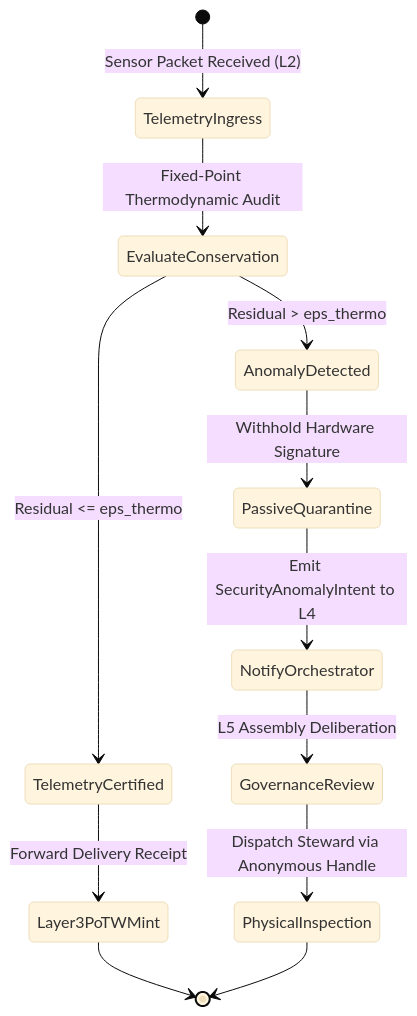
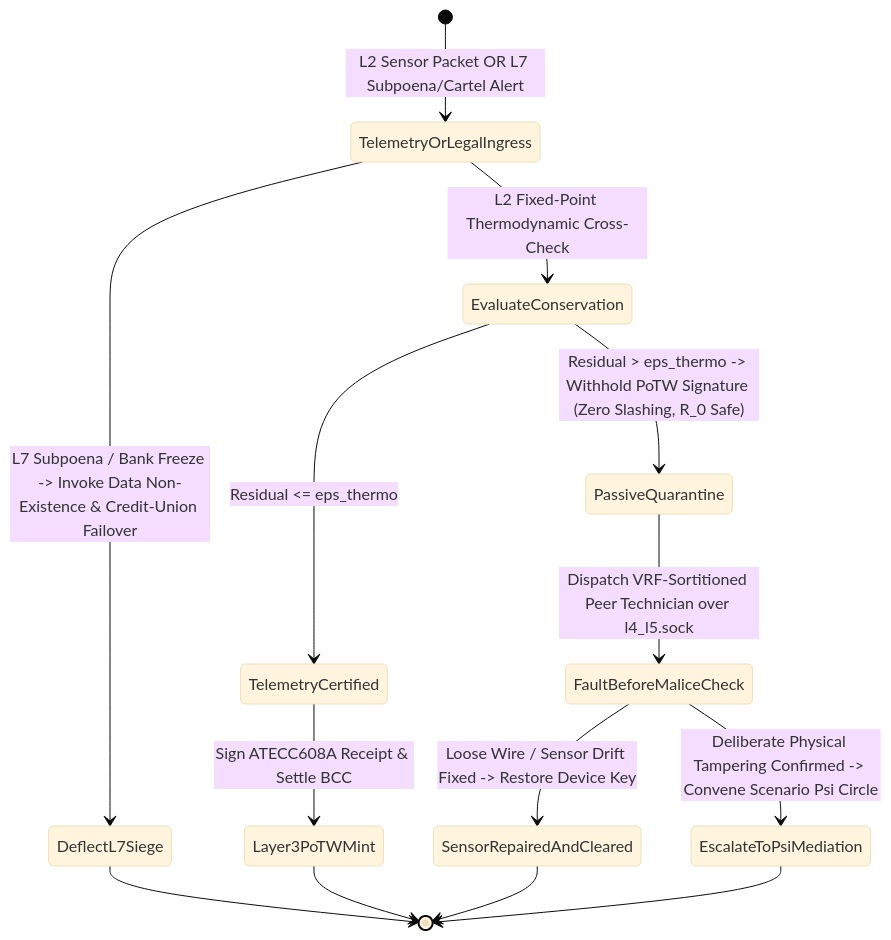
One commit to raffaine/collective changed the third of 3 diagrams in docs/scenarios/rho_adversarial.md. Above: the diagram before and after it, drawn with Mermaid (base theme). The commit also changed other lines of this file and 33 other files, not shown here.

Commit message:
feat(v3.1): Scenario Zero self-hosting daemons, dual-fidelity blueprints, and clean-slate scenario infrastructure

````diff
--- a/docs/scenarios/rho_adversarial.md
+++ b/docs/scenarios/rho_adversarial.md
@@ -98,15 +128,19 @@
 ```mermaid
 stateDiagram-v2
-    [*] --> TelemetryIngress: Sensor Packet Received (L2)
-    TelemetryIngress --> EvaluateConservation: Fixed-Point Thermodynamic Audit
+    [*] --> TelemetryOrLegalIngress: L2 Sensor Packet OR L7 Subpoena/Cartel Alert
+    TelemetryOrLegalIngress --> DeflectL7Siege: L7 Subpoena / Bank Freeze -> Invoke Data Non-Existence & Credit-Union Failover
+    DeflectL7Siege --> [*]
+
+    TelemetryOrLegalIngress --> EvaluateConservation: L2 Fixed-Point Thermodynamic Cross-Check
     EvaluateConservation --> TelemetryCertified: Residual <= eps_thermo
-    TelemetryCertified --> Layer3PoTWMint: Forward Delivery Receipt
+    TelemetryCertified --> Layer3PoTWMint: Sign ATECC608A Receipt & Settle BCC
     Layer3PoTWMint --> [*]
 
-    EvaluateConservation --> AnomalyDetected: Residual > eps_thermo
-    AnomalyDetected --> PassiveQuarantine: Withhold Hardware Signature
-    PassiveQuarantine --> NotifyOrchestrator: Emit SecurityAnomalyIntent to L4
-    NotifyOrchestrator --> GovernanceReview: L5 Assembly Deliberation
-    GovernanceReview --> PhysicalInspection: Dispatch Steward via Anonymous Handle
-    PhysicalInspection --> [*]
+    EvaluateConservation --> PassiveQuarantine: Residual > eps_thermo -> Withhold PoTW Signature (Zero Slashing, R_0 Safe)
+    PassiveQuarantine --> FaultBeforeMaliceCheck: Dispatch VRF-Sortitioned Peer Technician over l4_l5.sock
+    FaultBeforeMaliceCheck --> SensorRepairedAndCleared: Loose Wire / Sensor Drift Fixed -> Restore Device Key
+    SensorRepairedAndCleared --> [*]
+
+    FaultBeforeMaliceCheck --> EscalateToPsiMediation: Deliberate Physical Tampering Confirmed -> Convene Scenario Psi Circle
+    EscalateToPsiMediation --> [*]
 ```
````
